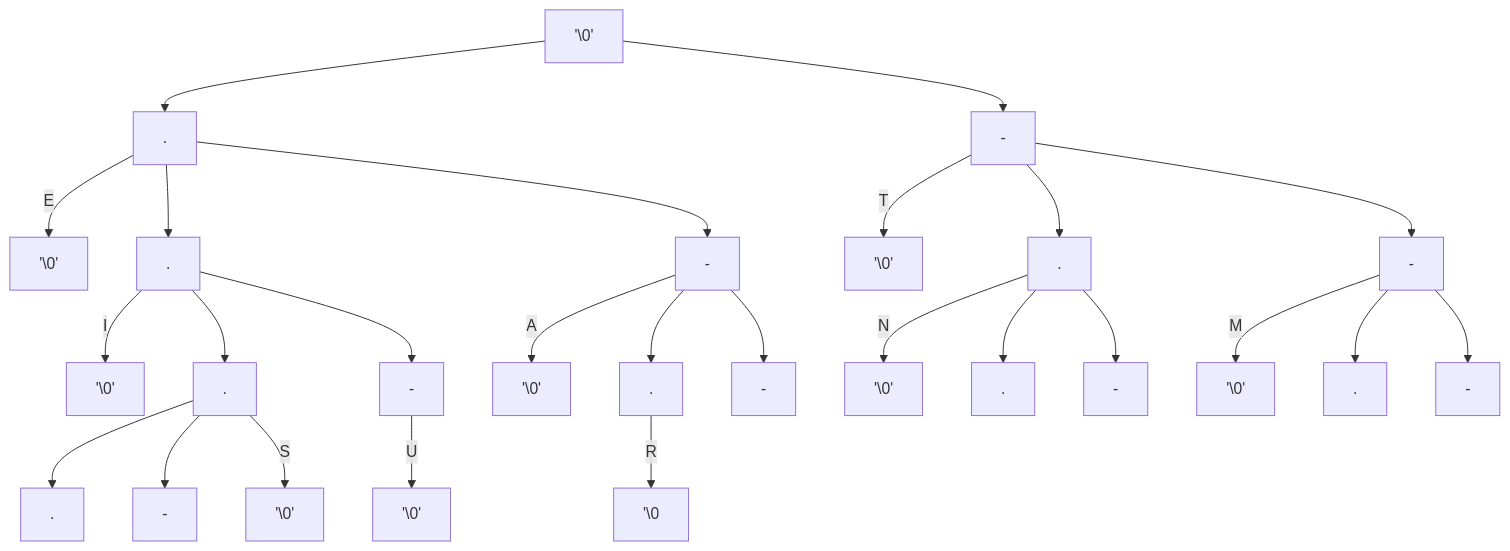
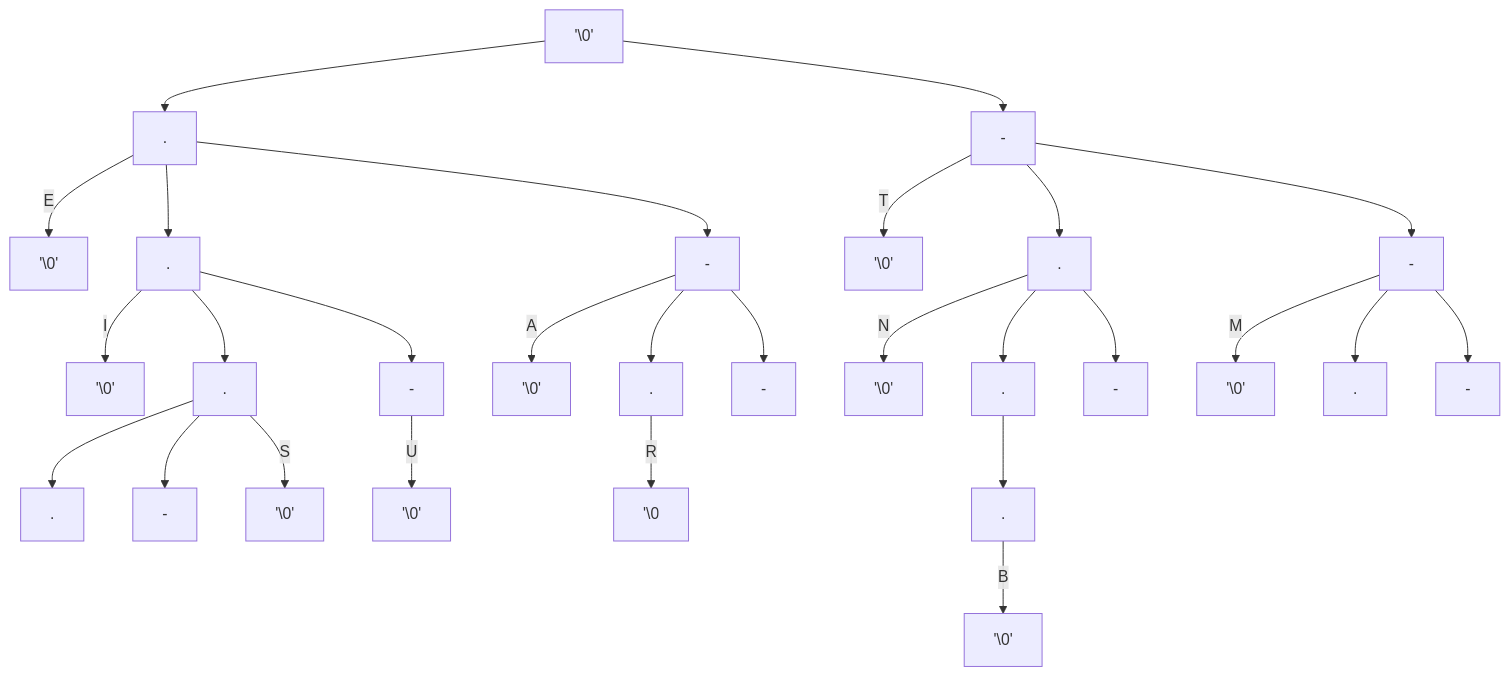
One commit to mmcnally1/arduino-projects changed the second of 2 diagrams in morse-code/README.md. Above: the diagram before and after it, drawn with Mermaid.

````diff
--- a/morse-code/README.md
+++ b/morse-code/README.md
@@ -27,29 +27,30 @@
 ```mermaid
 graph TD;
 A['\0'] --> B[.]
 A['\0'] --> H[-]
 B[.] -- E --> C['\0']
 B[.] --> D[.]
 D[.] -- I --> E['\0']
 B[.] --> F[-]
 F[-] -- A --> G['\0']
 H[-] -- T --> I['\0']
 H[-] --> J[.]
 J[.] -- N --> K['\0']
 H[-] --> L[-]
 L[-] -- M --> M['\0']
 D[.] --> N[.]
 D[.] --> O[-]
 L[-] --> P[.]
 L[-] --> Q[-]
 F[-] --> R[.]
 F[-] --> S[-]
 N[.] --> T[.]
 N[.] --> U[-]
 N[.] -- S --> V['\0']
 J[.] --> W[.]
 J[.] --> X[-]
 O[-] -- U --> Y['\0']
 R[.] -- R --> Z['\0]
-
+W[.] --> AA[.]
+AA[.] -- B --> AB['\0']
 ```
````
